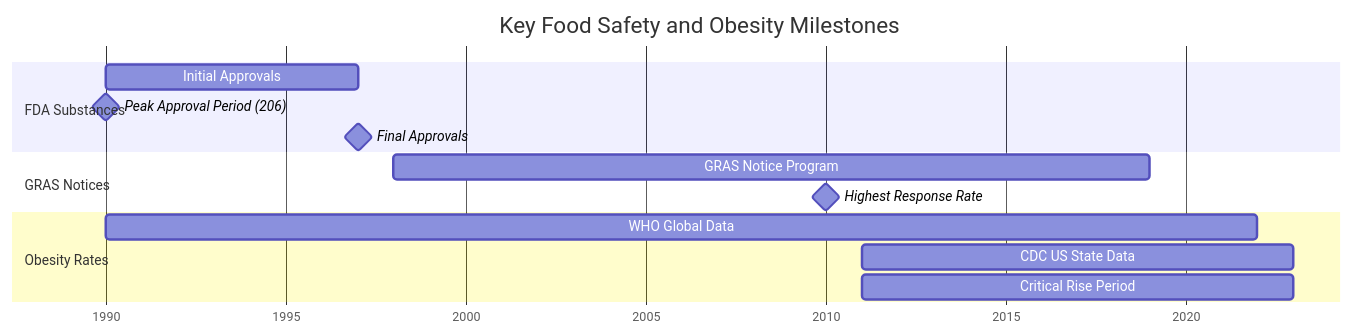
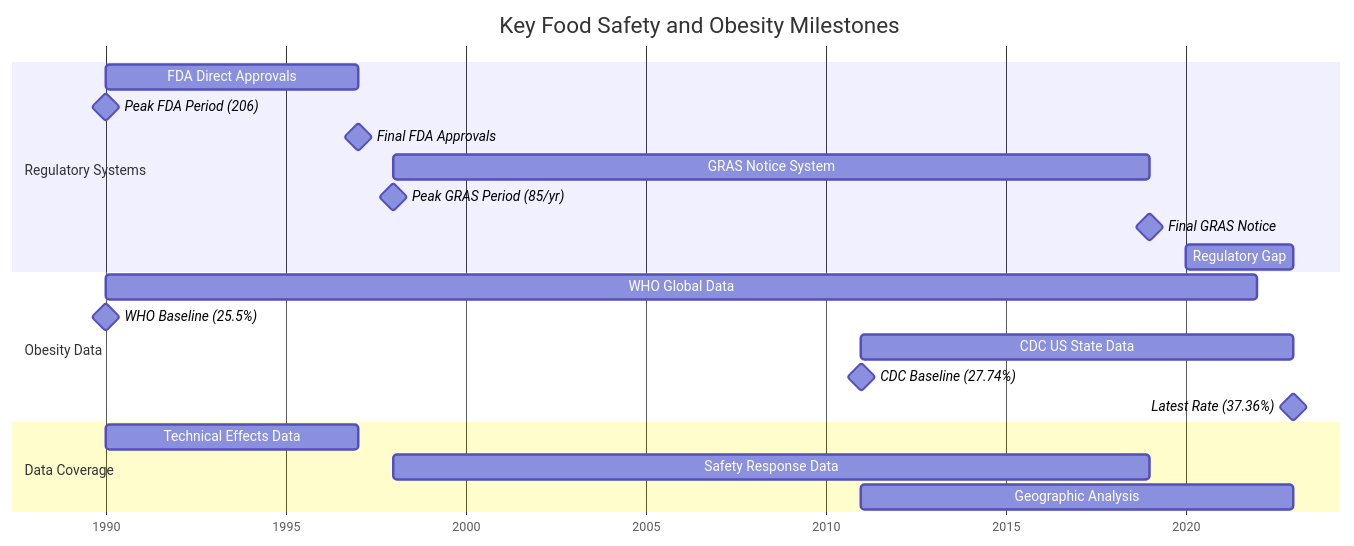
One commit to gsinghjay/data-dashboard changed the first of 6 diagrams in README.md. Above: the diagram before and after it, drawn with Mermaid. The commit also changed other lines of this file and 1 other file, not shown here.

First line of the commit message:
docs(data): update documentation and FSIS recall dataset

````diff
--- a/README.md
+++ b/README.md
@@ -15,20 +15,27 @@
 ```mermaid
 gantt
     title Key Food Safety and Obesity Milestones
     dateFormat YYYY
     axisFormat %Y
     
-    section FDA Substances
-    Initial Approvals           :1990, 1997
-    Peak Approval Period (206)  :milestone, 1990, 1d
-    Final Approvals            :milestone, 1997, 1d
+    section Regulatory Systems
+    FDA Direct Approvals     :1990, 1997
+    Peak FDA Period (206)    :milestone, 1990, 1d
+    Final FDA Approvals      :milestone, 1997, 1d
+    GRAS Notice System      :1998, 2019
+    Peak GRAS Period (85/yr) :milestone, 1998, 1d
+    Final GRAS Notice       :milestone, 2019, 1d
+    Regulatory Gap          :2020, 2023
     
-    section GRAS Notices
-    GRAS Notice Program        :1998, 2019
-    Highest Response Rate      :milestone, 2010, 1d
+    section Obesity Data
+    WHO Global Data         :1990, 2022
+    WHO Baseline (25.5%)    :milestone, 1990, 1d
+    CDC US State Data       :2011, 2023
+    CDC Baseline (27.74%)   :milestone, 2011, 1d
+    Latest Rate (37.36%)    :milestone, 2023, 1d
     
-    section Obesity Rates
-    WHO Global Data           :1990, 2022
-    CDC US State Data        :2011, 2023
-    Critical Rise Period     :2011, 2023
+    section Data Coverage
+    Technical Effects Data  :1990, 1997
+    Safety Response Data    :1998, 2019
+    Geographic Analysis     :2011, 2023
 ```
````
